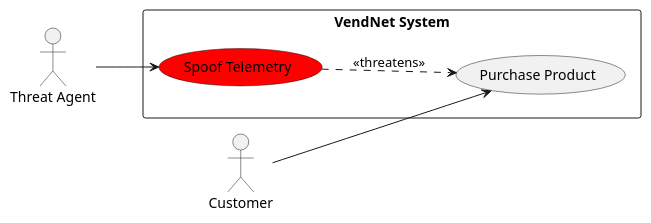
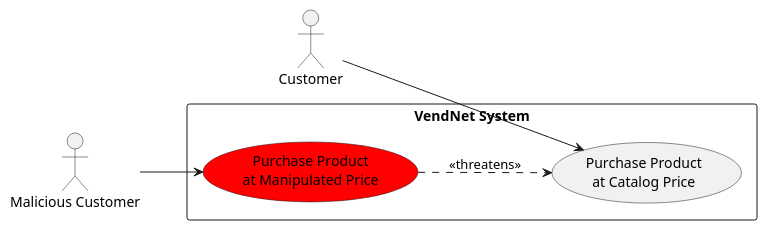
One commit to Af-Oliveira/desofs2026_thu_ffs_5 changed the third of 8 diagrams in Deliverables/Phase1/Report/05_Abuse_Cases.md. Above: the diagram before and after it, drawn with PlantUML. The commit also changed other lines of this file and 2 other files, not shown here.

Commit message:
added team members to phase1 report + threat model + abuse cases (#7 & #8)

````diff
--- a/Deliverables/Phase1/Report/05_Abuse_Cases.md
+++ b/Deliverables/Phase1/Report/05_Abuse_Cases.md
@@ -26,14 +106,16 @@
 ```plantuml
 @startuml
 left to right direction
-actor "Threat Agent" as attacker
 actor "Customer" as customer
+actor "Malicious Customer" as attacker
+
 rectangle "VendNet System" {
-  usecase "Purchase Product" as UC1
-  usecase "Spoof Telemetry" as AC1 #red
+  usecase "Purchase Product\nat Catalog Price" as UC3
+  usecase "Purchase Product\nat Manipulated Price" as AC3 #red
 }
-customer --> UC1
-attacker --> AC1
-AC1 ..> UC1 : <<threatens>>
+
+customer --> UC3
+attacker --> AC3
+AC3 ..> UC3 : <<threatens>>
 @enduml
 ```
````
